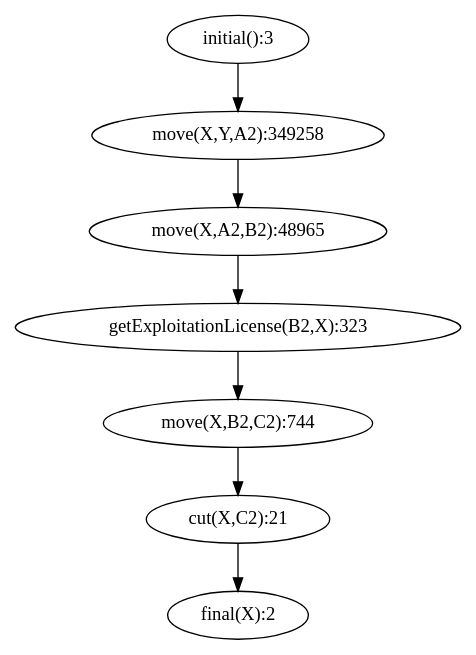
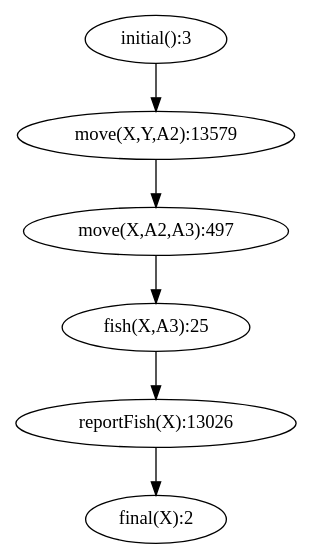
Before and after one commit to tokyramarozaka/mimosa-iriela-extension: the diagram in output/simplified.png.dot, drawn with Graphviz. The commit also changed 9 other files, not shown here.

```diff
--- a/output/simplified.png.dot
+++ b/output/simplified.png.dot
@@ -1,8 +1,7 @@
 digraph G { 
-  "initial():3" -> "move(X,Y,A2):349258";
-  "cut(X,C2):21" -> "final(X):2";
-  "getExploitationLicense(B2,X):323" -> "move(X,B2,C2):744";
-  "move(X,B2,C2):744" -> "cut(X,C2):21";
-  "move(X,A2,B2):48965" -> "getExploitationLicense(B2,X):323";
-  "move(X,Y,A2):349258" -> "move(X,A2,B2):48965";
+  "initial():3" -> "move(X,Y,A2):13579";
+  "fish(X,A3):25" -> "reportFish(X):13026";
+  "move(X,A2,A3):497" -> "fish(X,A3):25";
+  "reportFish(X):13026" -> "final(X):2";
+  "move(X,Y,A2):13579" -> "move(X,A2,A3):497";
 }
```
